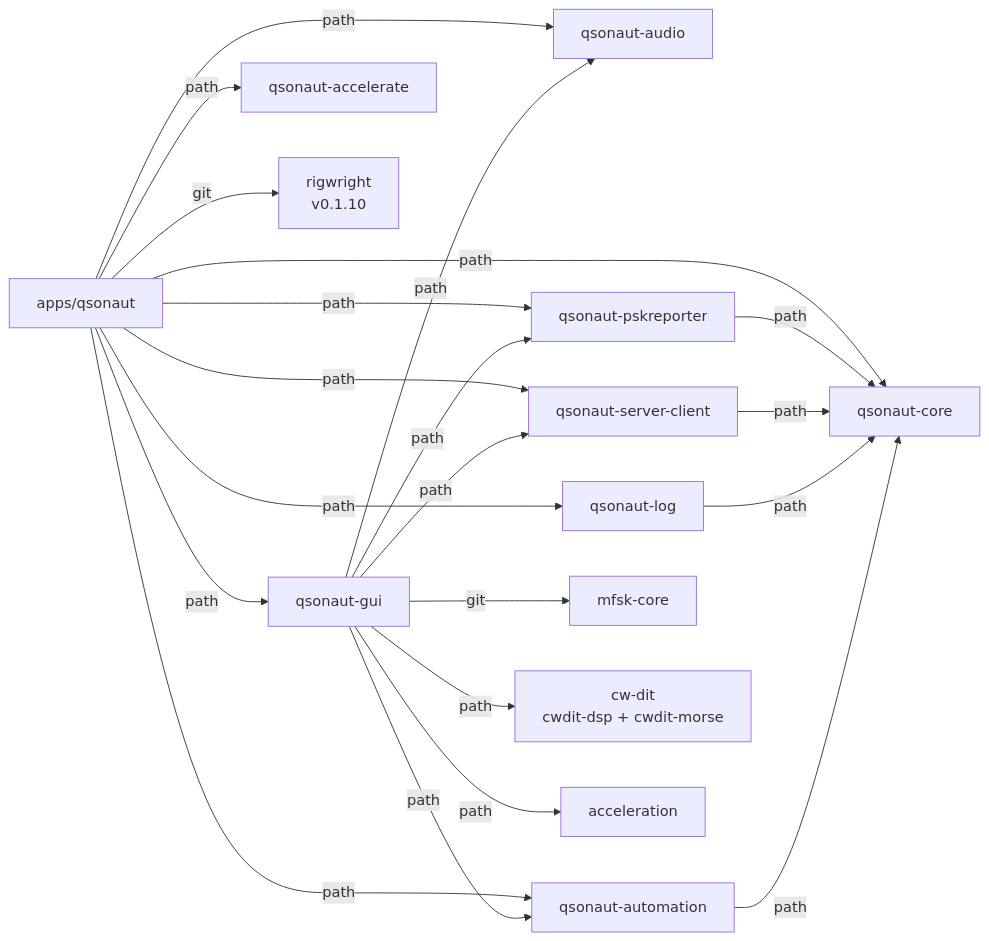
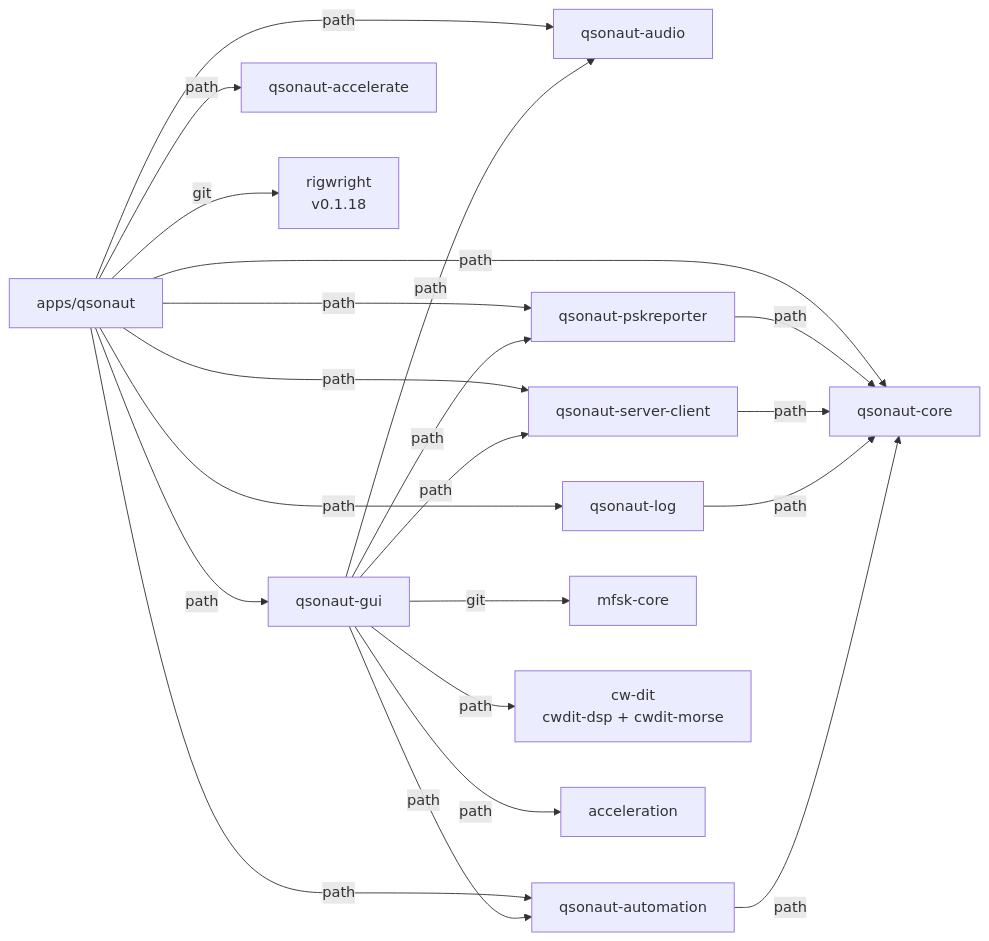
One commit to nicksbar/QSONaut changed the third of 6 diagrams in docs/ARCHITECTURE.md. Above: the diagram before and after it, drawn with Mermaid. The commit also changed other lines of this file and 7 other files, not shown here.

````diff
--- a/docs/ARCHITECTURE.md
+++ b/docs/ARCHITECTURE.md
@@ -90,38 +90,38 @@
 ```mermaid
 graph LR
     qsonaut[apps/qsonaut]
     audio[qsonaut-audio]
     core[qsonaut-core]
     gui[qsonaut-gui]
     log[qsonaut-log]
     automation[qsonaut-automation]
     psk[qsonaut-pskreporter]
     server-client[qsonaut-server-client]
     accelerate[qsonaut-accelerate]
     mfsk[mfsk-core]
     cwdit[cw-dit<br/>cwdit-dsp + cwdit-morse]
-    rigwright[rigwright<br/>v0.1.10]
+    rigwright[rigwright<br/>v0.1.18]
     
     qsonaut -->|path| gui
     qsonaut -->|path| core
     qsonaut -->|path| audio
     qsonaut -->|path| log
     qsonaut -->|path| automation
     qsonaut -->|path| psk
     qsonaut -->|path| server-client
     qsonaut -->|path| accelerate
     qsonaut -->|git| rigwright
     
     gui -->|git| mfsk
     gui -->|path| cwdit
     gui -->|path| audio
     gui -->|path| acceleration
     gui -->|path| automation
     gui -->|path| server-client
     gui -->|path| psk
     
     psk -->|path| core
     server-client -->|path| core
     log -->|path| core
     automation -->|path| core
 ```
````
